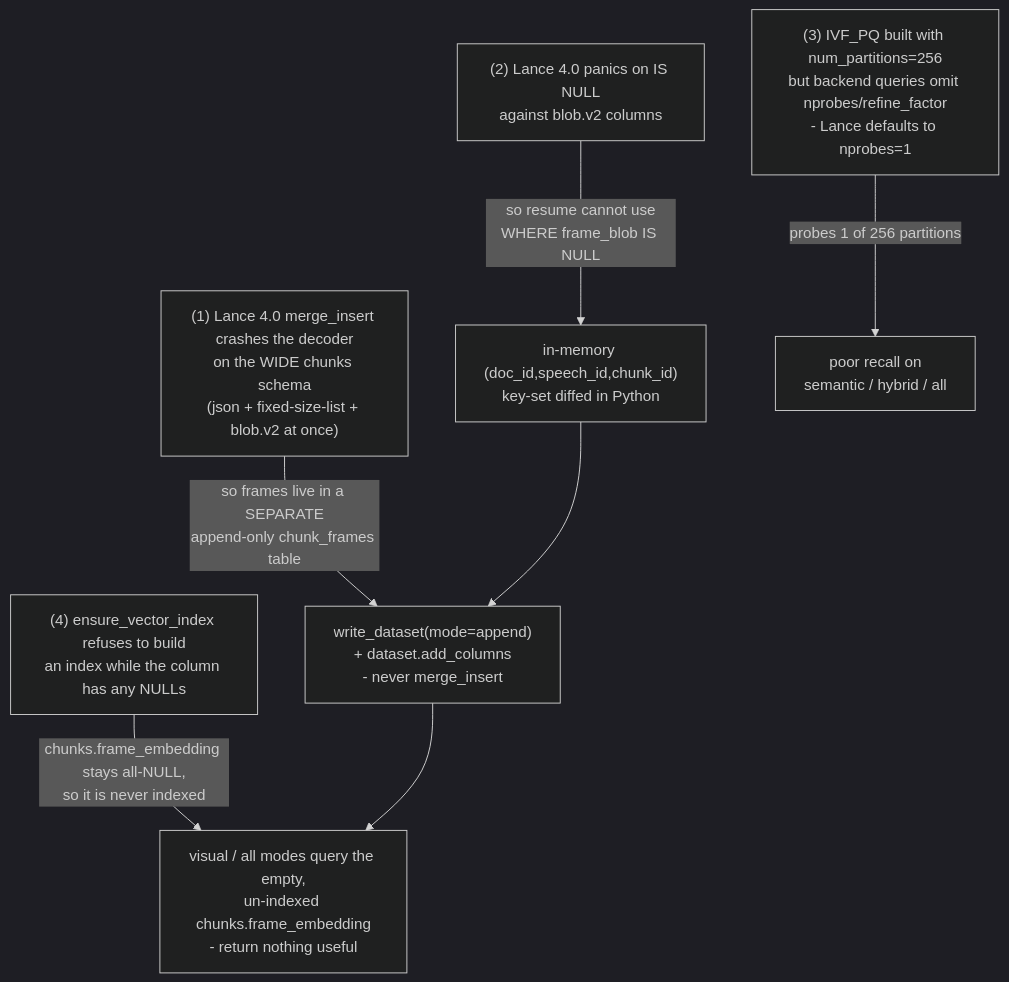
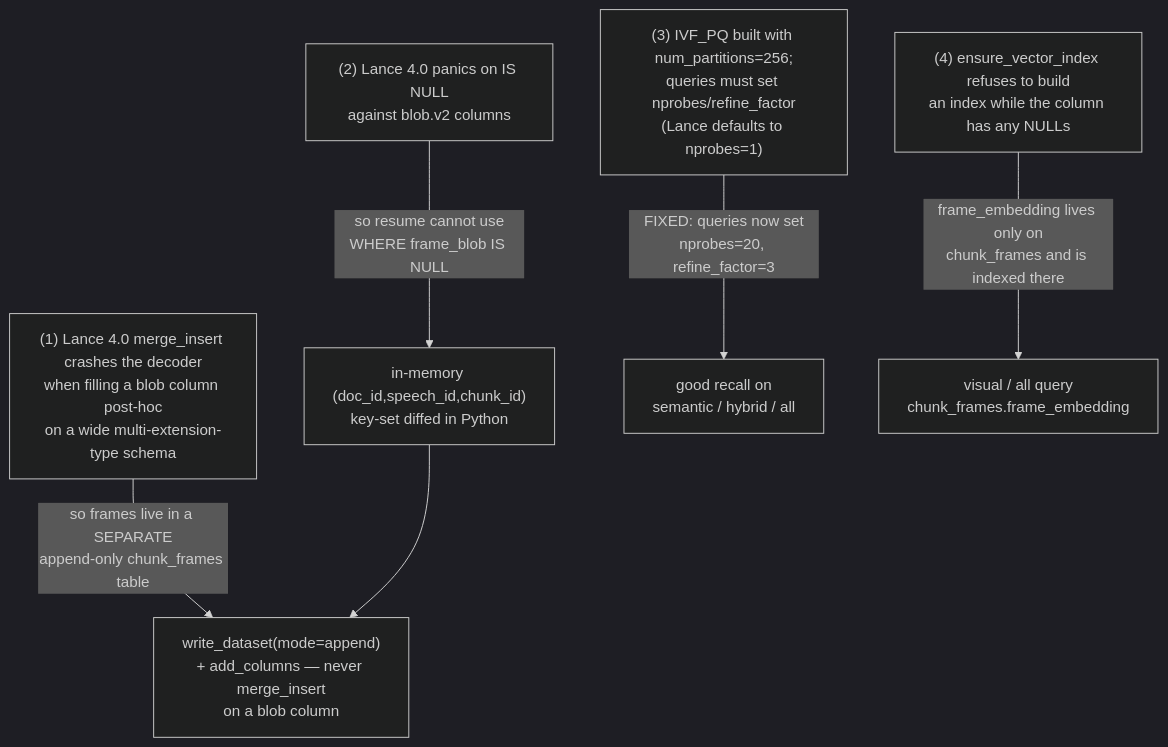
One commit to Borg93/lance-audio-demo changed the first of 2 diagrams in docs/INVESTIGATION.md. Above: the diagram before and after it, drawn with Mermaid (dark theme). The commit also changed other lines of this file and 17 other files, not shown here.

````diff
--- a/docs/INVESTIGATION.md
+++ b/docs/INVESTIGATION.md
@@ -20,15 +24,14 @@
 ```mermaid
 flowchart TD
-    A1["(1) Lance 4.0 merge_insert crashes the decoder<br/>on the WIDE chunks schema<br/>(json + fixed-size-list + blob.v2 at once)"]
+    A1["(1) Lance 4.0 merge_insert crashes the decoder<br/>when filling a blob column post-hoc<br/>on a wide multi-extension-type schema"]
     A2["(2) Lance 4.0 panics on IS NULL<br/>against blob.v2 columns"]
-    A3["(3) IVF_PQ built with num_partitions=256<br/>but backend queries omit nprobes/refine_factor<br/>- Lance defaults to nprobes=1"]
+    A3["(3) IVF_PQ built with num_partitions=256;<br/>queries must set nprobes/refine_factor<br/>(Lance defaults to nprobes=1)"]
     A4["(4) ensure_vector_index refuses to build<br/>an index while the column has any NULLs"]
 
-    A1 -->|"so frames live in a SEPARATE<br/>append-only chunk_frames table"| B1["write_dataset(mode=append)<br/>+ dataset.add_columns<br/>- never merge_insert"]
+    A1 -->|"so frames live in a SEPARATE<br/>append-only chunk_frames table"| B1["write_dataset(mode=append)<br/>+ add_columns — never merge_insert<br/>on a blob column"]
     A2 -->|"so resume cannot use<br/>WHERE frame_blob IS NULL"| B2["in-memory (doc_id,speech_id,chunk_id)<br/>key-set diffed in Python"]
-    A3 -->|"probes 1 of 256 partitions"| B3["poor recall on<br/>semantic / hybrid / all"]
-    A4 -->|"chunks.frame_embedding stays all-NULL,<br/>so it is never indexed"| B4["visual / all modes query the empty,<br/>un-indexed chunks.frame_embedding<br/>- return nothing useful"]
+    A3 -->|"FIXED: queries now set<br/>nprobes=20, refine_factor=3"| B3["good recall on<br/>semantic / hybrid / all"]
+    A4 -->|"frame_embedding lives only on<br/>chunk_frames and is indexed there"| B4["visual / all query<br/>chunk_frames.frame_embedding"]
 
-    B1 --> B4
     B2 --> B1
 ```
````
